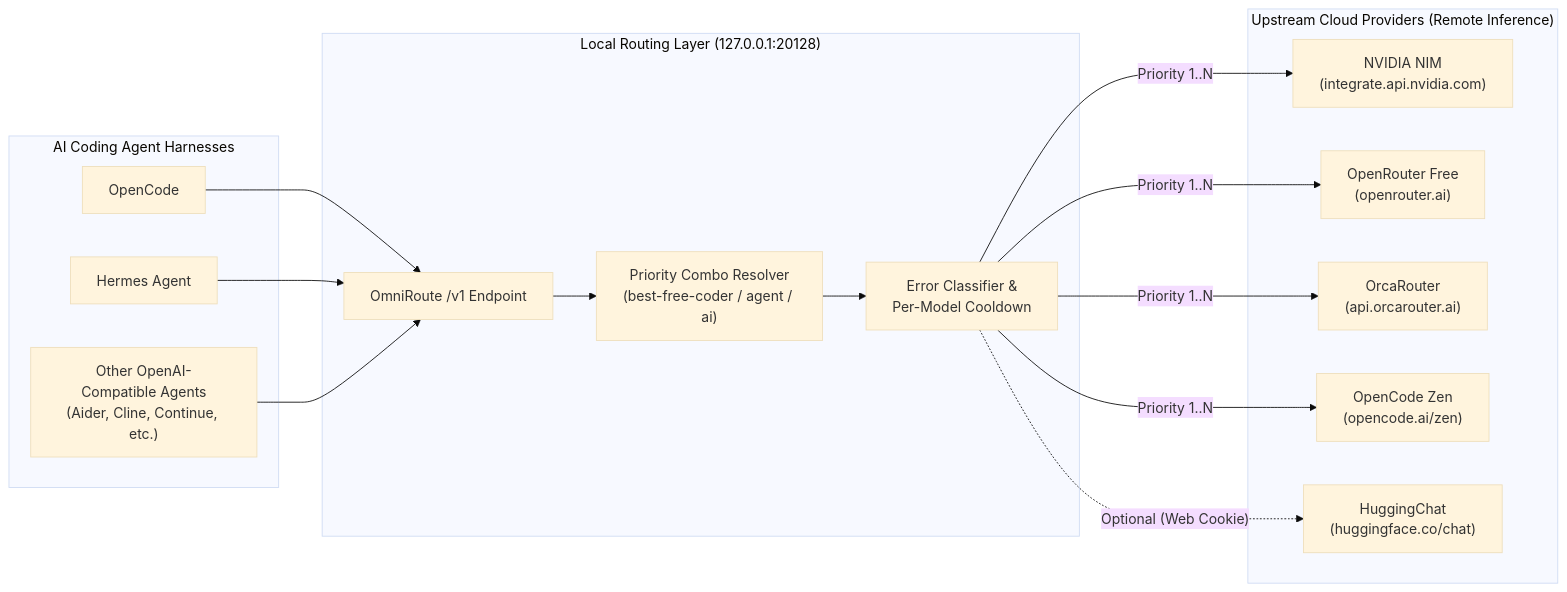
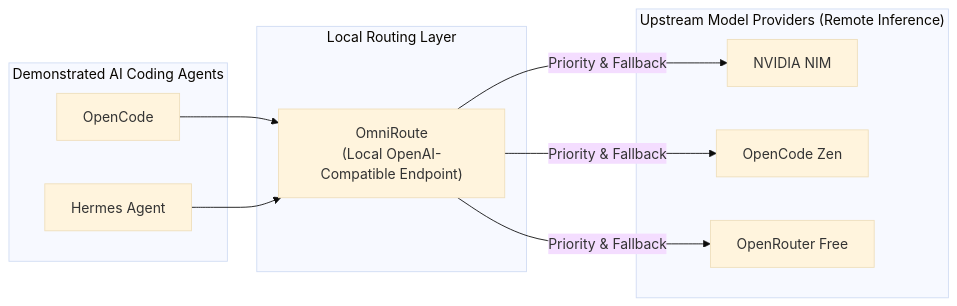
The diagram in README.md (yi435/free-ai-agent-stack), drawn with Mermaid (base theme) before and after one commit. The commit also changed other lines of this file and 6 other files, not shown here.

Commit message:
docs: restructure documentation around 3-provider OmniRoute architecture

````diff
--- a/README.md
+++ b/README.md
@@ -24,33 +13,24 @@
 ```mermaid
 flowchart LR
-    subgraph Harnesses["AI Coding Agent Harnesses"]
+    subgraph Harnesses["Demonstrated AI Coding Agents"]
         OC["OpenCode"]
         HA["Hermes Agent"]
-        OTHER["Other OpenAI-Compatible Agents<br/>(Aider, Cline, Continue, etc.)"]
     end
 
-    subgraph Router["Local Routing Layer (127.0.0.1:20128)"]
-        OR_API["OmniRoute /v1 Endpoint"]
-        COMBO["Priority Combo Resolver<br/>(best-free-coder / agent / ai)"]
-        FALLBACK["Error Classifier &<br/>Per-Model Cooldown"]
-        OR_API --> COMBO --> FALLBACK
+    subgraph Router["Local Routing Layer"]
+        OR["OmniRoute<br/>(Local OpenAI-Compatible Endpoint)"]
     end
 
-    subgraph Upstreams["Upstream Cloud Providers (Remote Inference)"]
-        NIM["NVIDIA NIM<br/>(integrate.api.nvidia.com)"]
-        OR["OpenRouter Free<br/>(openrouter.ai)"]
-        ORCA["OrcaRouter<br/>(api.orcarouter.ai)"]
-        ZEN["OpenCode Zen<br/>(opencode.ai/zen)"]
-        HC["HuggingChat<br/>(huggingface.co/chat)"]
+    subgraph Providers["Upstream Model Providers (Remote Inference)"]
+        NIM["NVIDIA NIM"]
+        ZEN["OpenCode Zen"]
+        ORF["OpenRouter Free"]
     end
 
-    OC --> OR_API
-    HA --> OR_API
-    OTHER --> OR_API
+    OC --> OR
+    HA --> OR
 
-    FALLBACK -->|"Priority 1..N"| NIM
-    FALLBACK -->|"Priority 1..N"| OR
-    FALLBACK -->|"Priority 1..N"| ORCA
-    FALLBACK -->|"Priority 1..N"| ZEN
-    FALLBACK -.->|"Optional (Web Cookie)"| HC
+    OR -->|"Priority & Fallback"| NIM
+    OR -->|"Priority & Fallback"| ZEN
+    OR -->|"Priority & Fallback"| ORF
 ```
````
